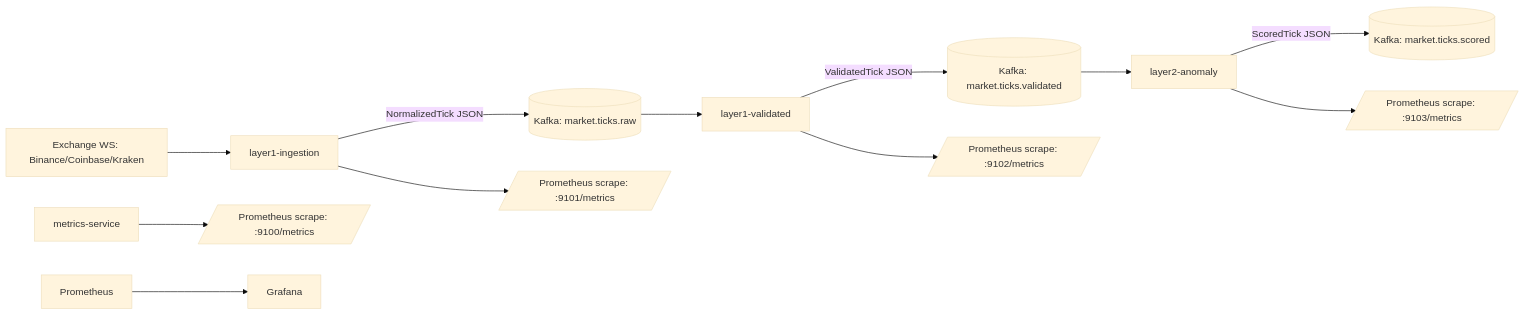
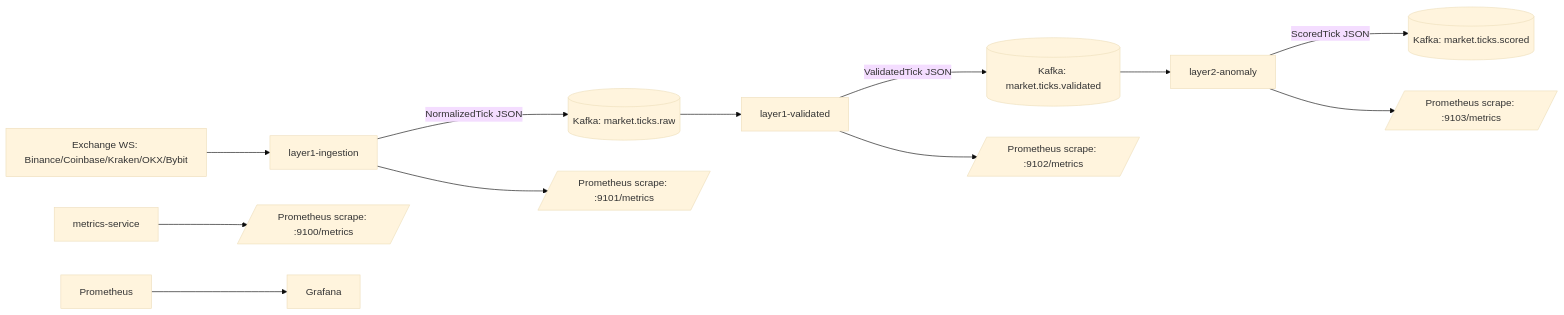
Before and after one commit to mahmoudfourati/algo_trading_platform: the diagram in implementation_so_far.md, drawn with Mermaid (base theme). The commit also changed other lines of this file and 64 other files, not shown here.

````diff
--- a/implementation_so_far.md
+++ b/implementation_so_far.md
@@ -45,16 +46,16 @@
 ```mermaid
 flowchart LR
-  A[Exchange WS: Binance/Coinbase/Kraken] --> B[layer1-ingestion]
+  A[Exchange WS: Binance/Coinbase/Kraken/OKX/Bybit] --> B[layer1-ingestion]
   B -->|NormalizedTick JSON| K1[(Kafka: market.ticks.raw)]
   K1 --> C[layer1-validated]
   C -->|ValidatedTick JSON| K2[(Kafka: market.ticks.validated)]
   K2 --> D[layer2-anomaly]
   D -->|ScoredTick JSON| K3[(Kafka: market.ticks.scored)]
 
   D --> M3[/Prometheus scrape: :9103/metrics/]
   C --> M2[/Prometheus scrape: :9102/metrics/]
   B --> M1[/Prometheus scrape: :9101/metrics/]
   E[metrics-service] --> M0[/Prometheus scrape: :9100/metrics/]
 
   P[Prometheus] --> G[Grafana]
 ```
````
